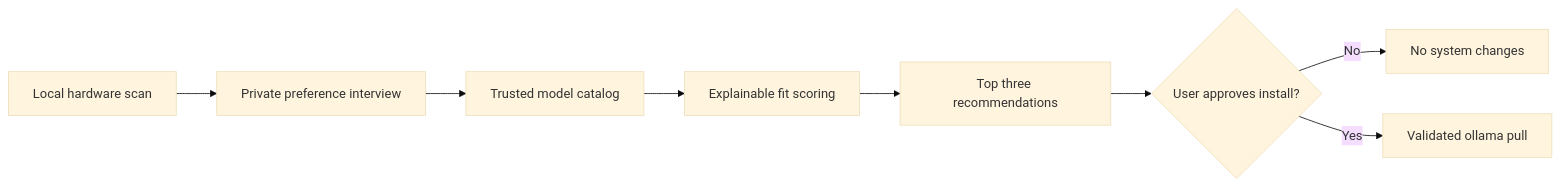
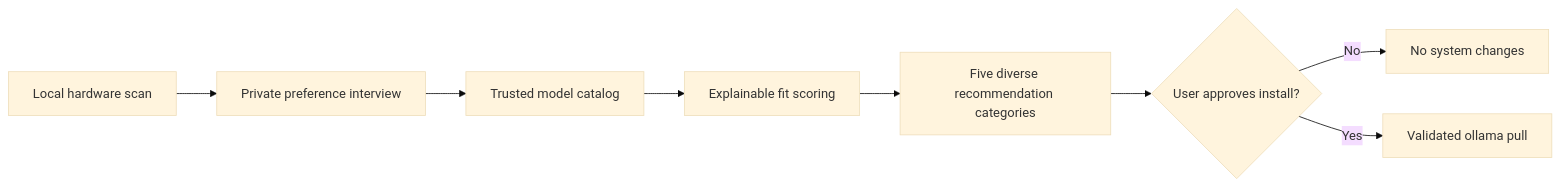
Before and after one commit to SultanAlfaifi/alfaifi-model-advisor: the diagram in README.md, drawn with Mermaid (base theme). The commit also changed other lines of this file and 46 other files, not shown here.

````diff
--- a/README.md
+++ b/README.md
@@ -57,10 +72,10 @@
 ```mermaid
 flowchart LR
     A["Local hardware scan"] --> B["Private preference interview"]
     B --> C["Trusted model catalog"]
     C --> D["Explainable fit scoring"]
-    D --> E["Top three recommendations"]
+    D --> E["Five diverse recommendation categories"]
     E --> F{"User approves install?"}
     F -- No --> G["No system changes"]
     F -- Yes --> H["Validated ollama pull"]
 ```
````
